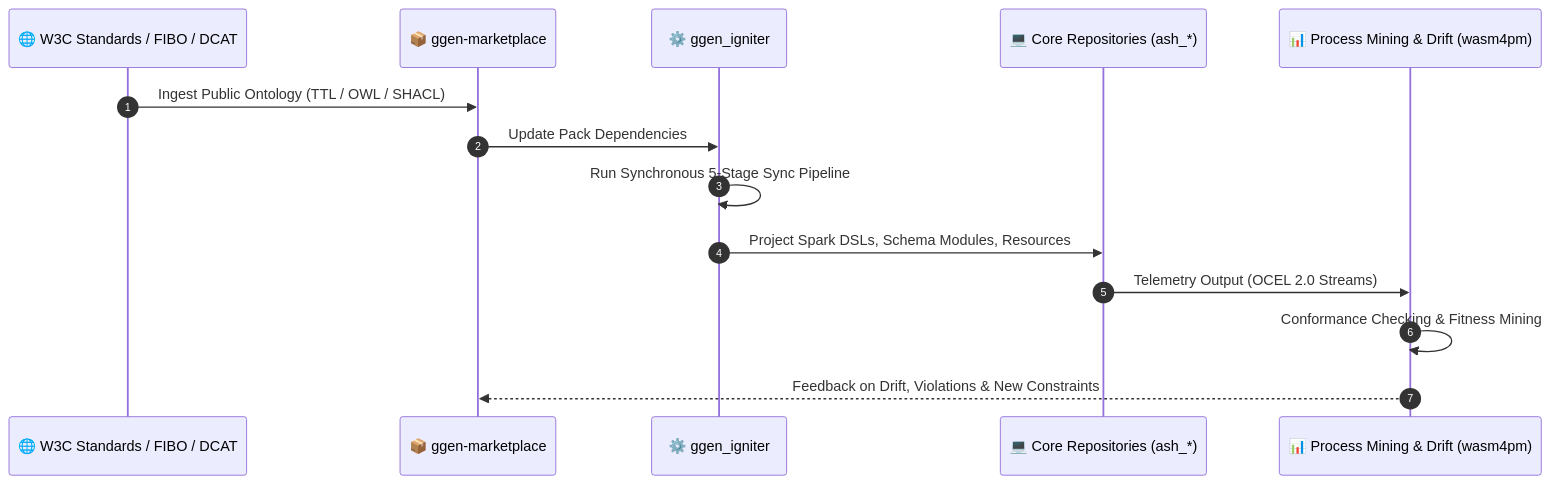
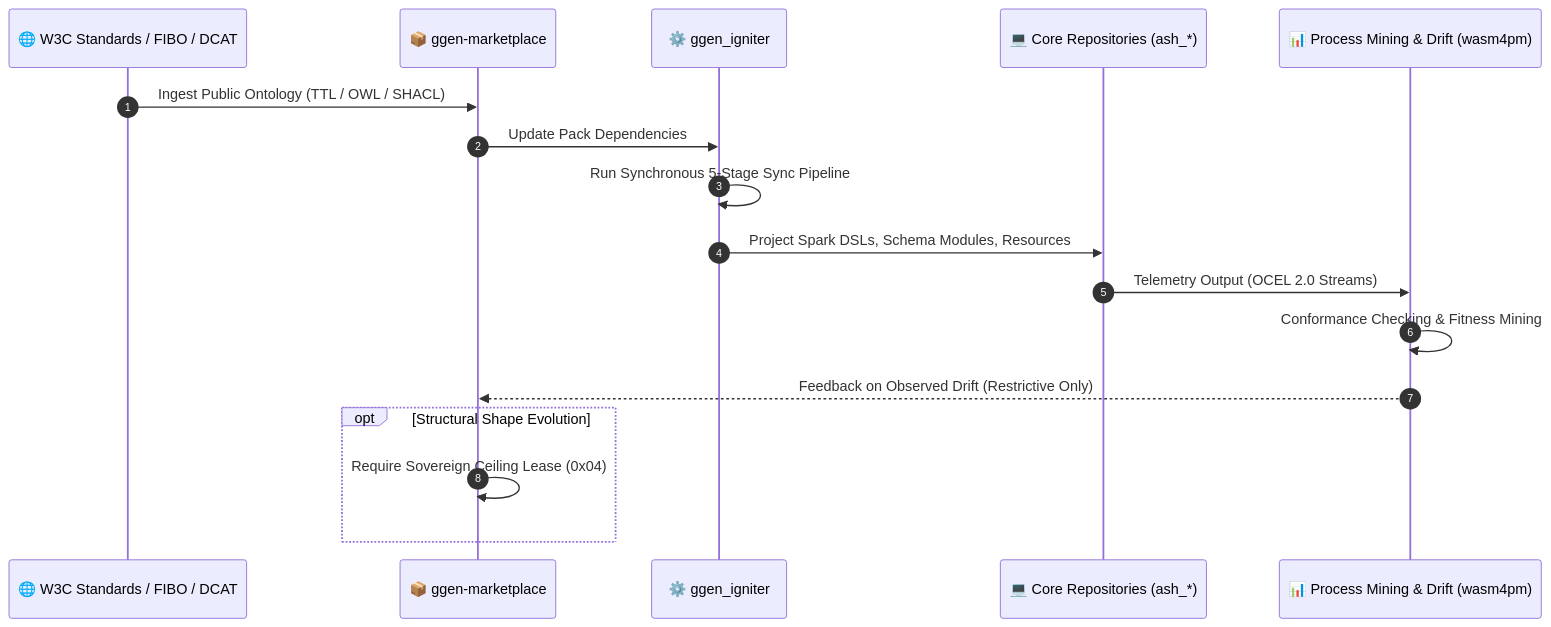
The sixth of 6 diagrams in docs/architecture/loops-of-loops.md (seanchatmangpt/chatman-ecosystem), drawn with Mermaid before and after one commit. The commit also changed other lines of this file, not shown here.

Commit message:
docs(architecture): harden loops-of-loops with differential projection, epistemic horizon, and monotonic restriction

````diff
--- a/docs/architecture/loops-of-loops.md
+++ b/docs/architecture/loops-of-loops.md
@@ -227,17 +246,20 @@
 ```mermaid
 sequenceDiagram
     autonumber
     participant Domain as 🌐 W3C Standards / FIBO / DCAT
     participant MKT as 📦 ggen-marketplace
     participant IGN as ⚙️ ggen_igniter
     participant Code as 💻 Core Repositories (ash_*)
     participant Mining as 📊 Process Mining & Drift (wasm4pm)
 
     Domain->>MKT: Ingest Public Ontology (TTL / OWL / SHACL)
     MKT->>IGN: Update Pack Dependencies
     IGN->>IGN: Run Synchronous 5-Stage Sync Pipeline
     IGN->>Code: Project Spark DSLs, Schema Modules, Resources
     Code->>Mining: Telemetry Output (OCEL 2.0 Streams)
     Mining->>Mining: Conformance Checking & Fitness Mining
-    Mining-->>MKT: Feedback on Drift, Violations & New Constraints
+    Mining-->>MKT: Feedback on Observed Drift (Restrictive Only)
+    opt Structural Shape Evolution
+        MKT->>MKT: Require Sovereign Ceiling Lease (0x04)
+    end
 ```
````
